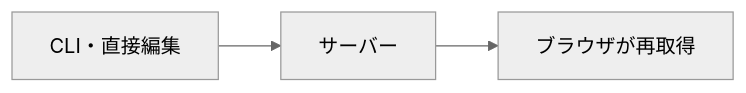
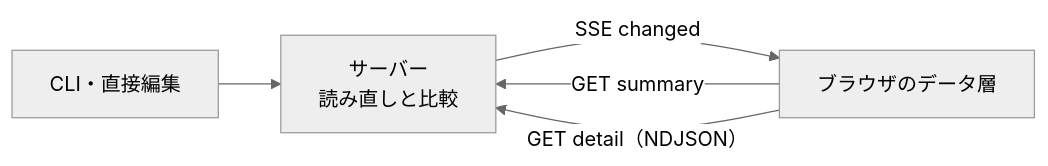
Before and after one commit to FooQoo/agent-board: the second of 4 diagrams in docs/ja/dev/concepts/overview.md, drawn with Mermaid (neutral theme). The commit also changed other lines of this file and 17 other files, not shown here.

First line of the commit message:
docs: describe the Summary and Detail data flow in the English and Japanese pages

````diff
--- a/docs/ja/dev/concepts/overview.md
+++ b/docs/ja/dev/concepts/overview.md
@@ -28,5 +28,7 @@
 ```mermaid
 flowchart LR
-    Edit["CLI・直接編集"] --> Serve["サーバー"]
-    Serve --> Browser["ブラウザが再取得"]
+    Edit["CLI・直接編集"] --> Serve["サーバー<br/>読み直しと比較"]
+    Serve -->|"SSE changed"| Core["ブラウザのデータ層"]
+    Core -->|"GET summary"| Serve
+    Core -->|"GET detail（NDJSON）"| Serve
 ```
````
